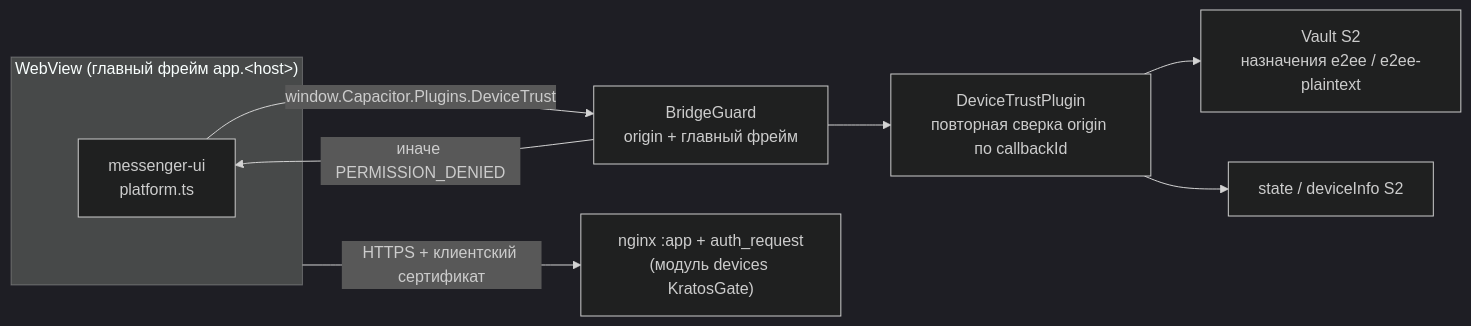
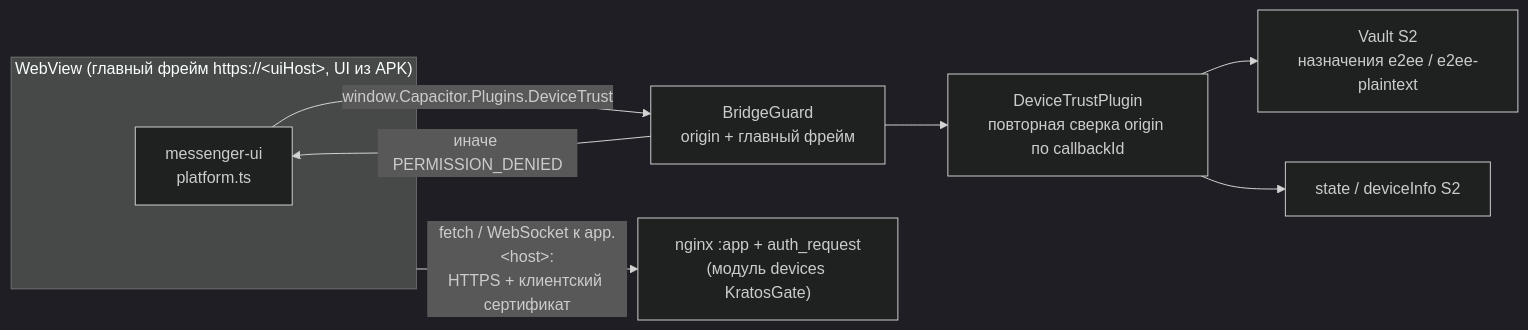
One commit to android-messenger/wolp-android changed the second of 2 diagrams in README.md. Above: the diagram before and after it, drawn with Mermaid (dark theme). The commit also changed other lines of this file and 1 other file, not shown here.

````diff
--- a/README.md
+++ b/README.md
@@ -65,12 +69,12 @@
 ```mermaid
 flowchart LR
-  subgraph WebView["WebView (главный фрейм app.#lt;host#gt;)"]
+  subgraph WebView["WebView (главный фрейм https://#lt;uiHost#gt;, UI из APK)"]
     UI["messenger-ui<br/>platform.ts"]
   end
   UI -- "window.Capacitor.Plugins.DeviceTrust" --> G["BridgeGuard<br/>origin + главный фрейм"]
   G -- "иначе PERMISSION_DENIED" --> UI
   G --> P["DeviceTrustPlugin<br/>повторная сверка origin по callbackId"]
   P --> V["Vault S2<br/>назначения e2ee / e2ee-plaintext"]
   P --> S["state / deviceInfo S2"]
-  WebView -- "HTTPS + клиентский сертификат" --> N["nginx :app + auth_request<br/>(модуль devices KratosGate)"]
+  WebView -- "fetch / WebSocket к app.#lt;host#gt;:<br/>HTTPS + клиентский сертификат" --> N["nginx :app + auth_request<br/>(модуль devices KratosGate)"]
 ```
````
